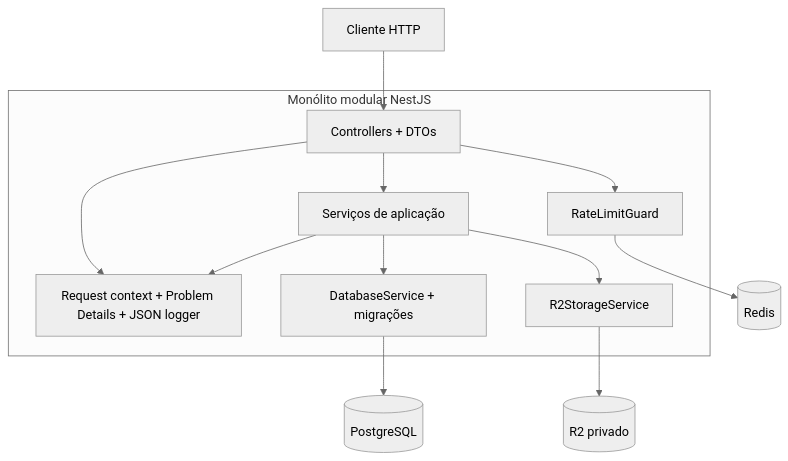
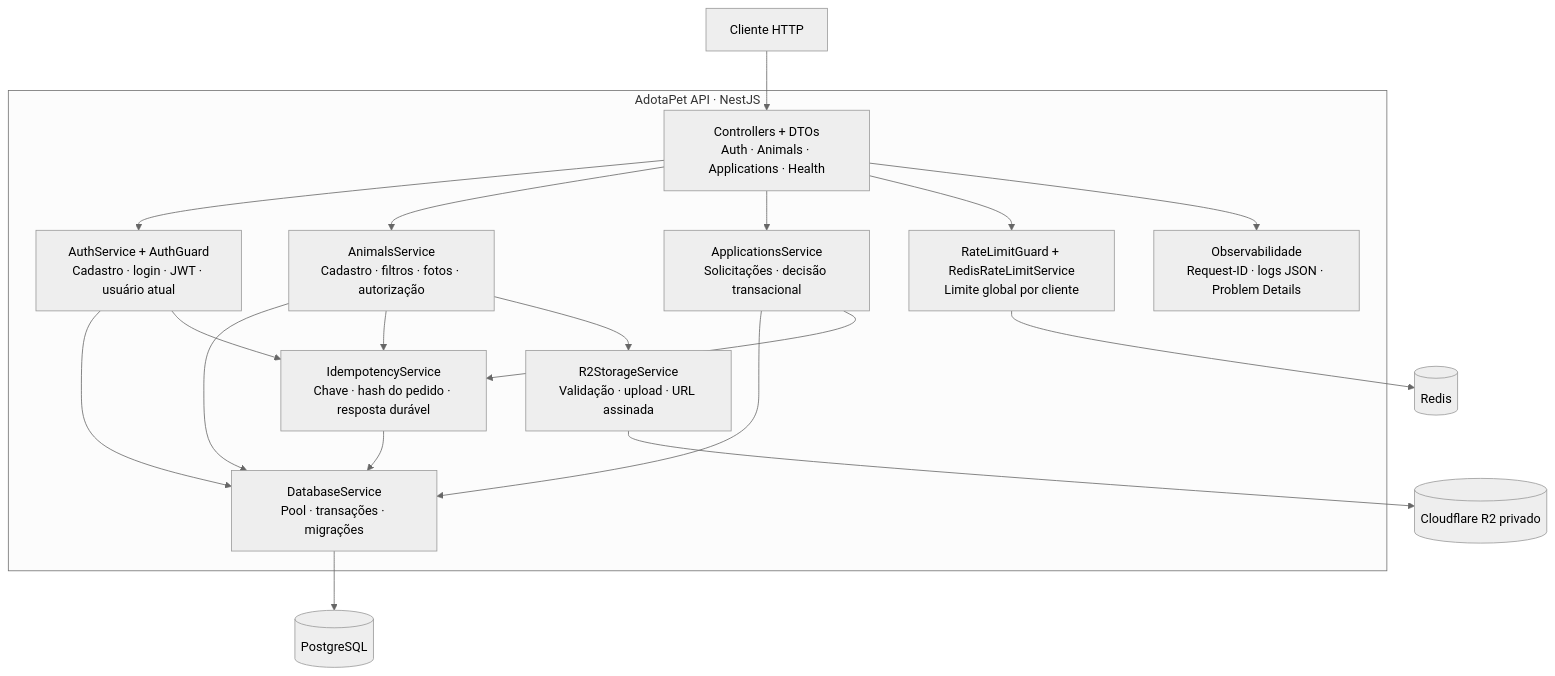
One commit to KerollayneAkemy/API--ADOTAPET changed the diagram in docs/arquitetura/diagramas/03-componentes-c4.mmd. Above: the diagram before and after it, drawn with Mermaid (neutral theme). The commit also changed 11 other files, not shown here.

Commit message:
docs: align architecture diagrams with deployment

```diff
--- a/docs/arquitetura/diagramas/03-componentes-c4.mmd
+++ b/docs/arquitetura/diagramas/03-componentes-c4.mmd
@@ -1,23 +1,35 @@
 flowchart TB
-  client[Cliente HTTP]
-  subgraph app[Monólito modular NestJS]
-    controllers[Controllers + DTOs]
-    services[Serviços de aplicação]
-    observability[Request context + Problem Details + JSON logger]
-    persistence[DatabaseService + migrações]
-    limiter[RateLimitGuard]
-    storage[R2StorageService]
-    controllers --> services
-    services --> persistence
+  cliente["Cliente HTTP"] --> controllers
+
+  subgraph api["AdotaPet API · NestJS"]
+    controllers["Controllers + DTOs<br/>Auth · Animals · Applications · Health"]
+    auth["AuthService + AuthGuard<br/>Cadastro · login · JWT · usuário atual"]
+    animals["AnimalsService<br/>Cadastro · filtros · fotos · autorização"]
+    applications["ApplicationsService<br/>Solicitações · decisão transacional"]
+    idempotency["IdempotencyService<br/>Chave · hash do pedido · resposta durável"]
+    database["DatabaseService<br/>Pool · transações · migrações"]
+    ratelimit["RateLimitGuard + RedisRateLimitService<br/>Limite global por cliente"]
+    storage["R2StorageService<br/>Validação · upload · URL assinada"]
+    observability["Observabilidade<br/>Request-ID · logs JSON · Problem Details"]
+
+    controllers --> auth
+    controllers --> animals
+    controllers --> applications
+    controllers --> ratelimit
     controllers --> observability
-    services --> observability
-    services --> storage
-    controllers --> limiter
+    auth --> database
+    auth --> idempotency
+    animals --> database
+    animals --> idempotency
+    animals --> storage
+    applications --> database
+    applications --> idempotency
+    idempotency --> database
   end
-  pg[(PostgreSQL)]
-  redis[(Redis)]
-  r2[(R2 privado)]
-  client --> controllers
-  persistence --> pg
-  limiter --> redis
+
+  postgres[("PostgreSQL")]
+  redis[("Redis")]
+  r2[("Cloudflare R2 privado")]
+  database --> postgres
+  ratelimit --> redis
   storage --> r2
```
